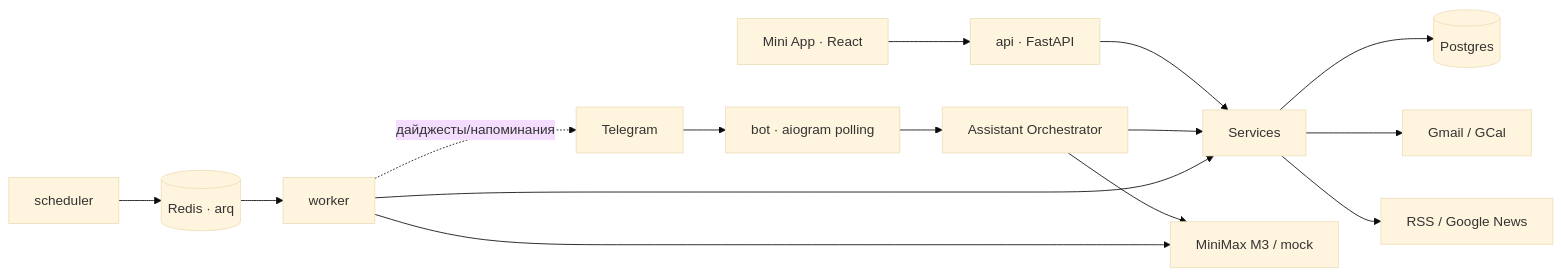
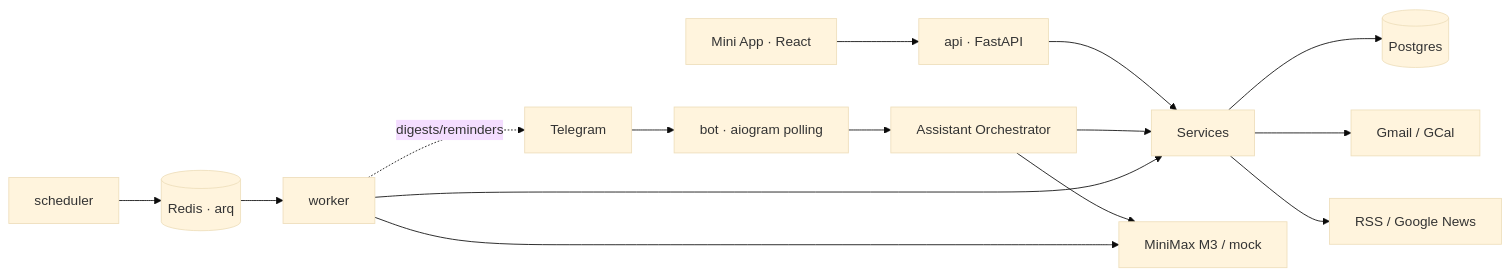
One commit to Maksim-Burtsev/lumi changed the diagram in README.md. Above: the diagram before and after it, drawn with Mermaid (base theme). The commit also changed other lines of this file and 8 other files, not shown here.

````diff
--- a/README.md
+++ b/README.md
@@ -33,17 +32,17 @@
 ```mermaid
 flowchart LR
     U[Telegram] --> BOT[bot · aiogram polling]
     MA[Mini App · React] --> API[api · FastAPI]
     BOT --> ORCH[Assistant Orchestrator]
     API --> SVC[Services]
     ORCH --> SVC
     SVC --> PG[(Postgres)]
     ORCH --> LLM[MiniMax M3 / mock]
     SCHED[scheduler] --> RQ[(Redis · arq)]
     RQ --> WRK[worker]
     WRK --> SVC
     WRK --> LLM
-    WRK -. дайджесты/напоминания .-> U
+    WRK -. digests/reminders .-> U
     SVC --> GOOGLE[Gmail / GCal]
     SVC --> RSS[RSS / Google News]
 ```
````
